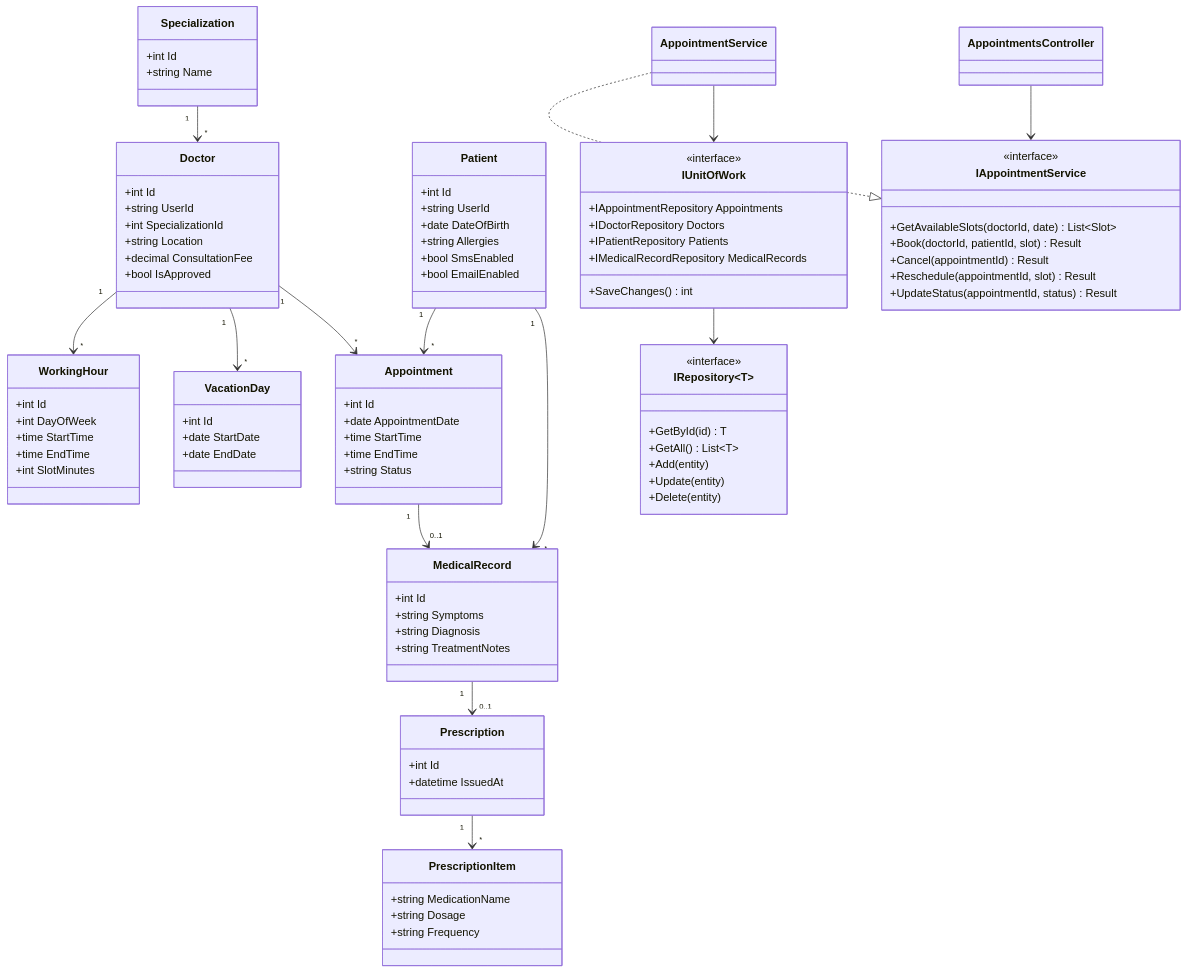
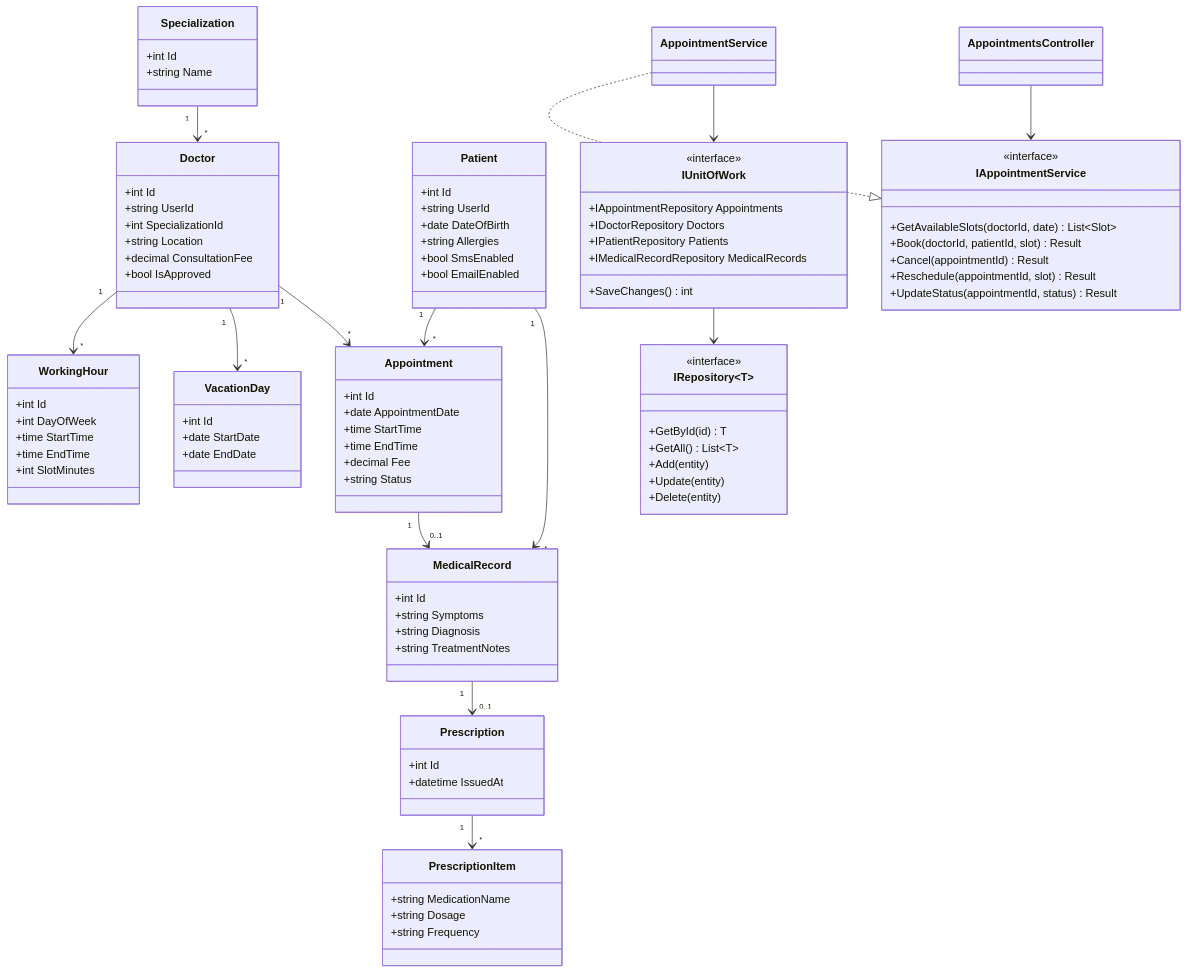
Before and after one commit to amnaa27/medicare-clinic-management: diagram 16 of 18 in docs/4-System-Analysis-and-Design.md, drawn with Mermaid. The commit also changed other lines of this file and 12 other files, not shown here.

```diff
--- a/docs/4-System-Analysis-and-Design.md
+++ b/docs/4-System-Analysis-and-Design.md
@@ -604,6 +620,7 @@
         +date AppointmentDate
         +time StartTime
         +time EndTime
+        +decimal Fee
         +string Status
     }
     class MedicalRecord {
```
